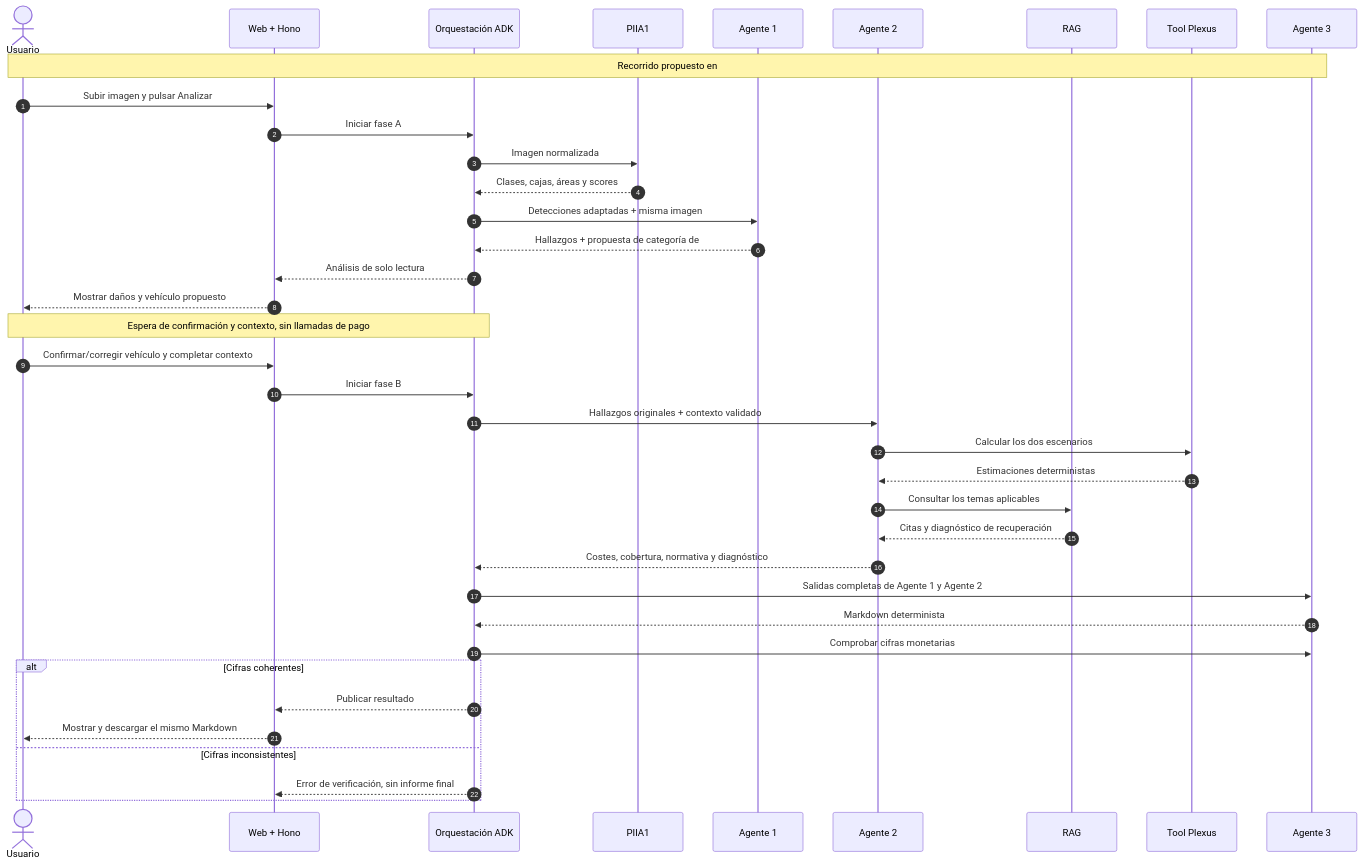
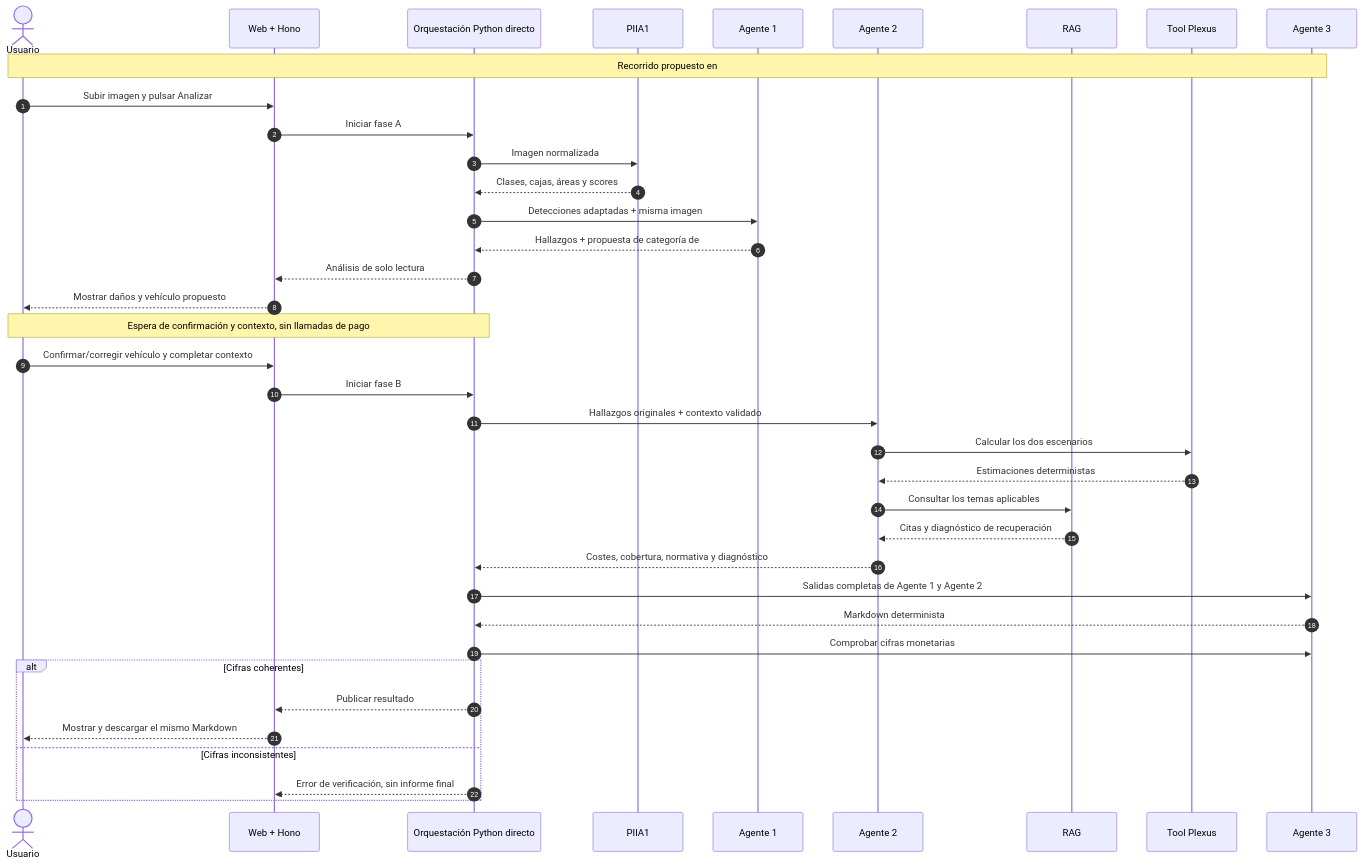
Before and after one commit to lvckss/piia2-26: the second of 5 diagrams in entregas/cu-19-interpretacion-danos/ARCHITECTURE.md, drawn with Mermaid. The commit also changed other lines of this file, not shown here.

Commit message:
docs(#38): actualizar RAG, Python directo y ADRs aceptados

````diff
--- a/entregas/cu-19-interpretacion-danos/ARCHITECTURE.md
+++ b/entregas/cu-19-interpretacion-danos/ARCHITECTURE.md
@@ -150,40 +147,40 @@
 ```mermaid
 sequenceDiagram
     autonumber
     actor U as Usuario
     participant W as Web + Hono
-    participant O as Orquestación ADK
+    participant O as Orquestación Python directo
     participant M as PIIA1
     participant A as Agente 1
     participant B as Agente 2
     participant R as RAG
     participant T as Tool Plexus
     participant I as Agente 3
     Note over U,I: Recorrido propuesto en #60, todavía sin integrar
     U->>W: Subir imagen y pulsar Analizar
     W->>O: Iniciar fase A
     O->>M: Imagen normalizada
     M-->>O: Clases, cajas, áreas y scores
     O->>A: Detecciones adaptadas + misma imagen
     A-->>O: Hallazgos + propuesta de categoría de #28
     O-->>W: Análisis de solo lectura
     W-->>U: Mostrar daños y vehículo propuesto
     Note over U,O: Espera de confirmación y contexto, sin llamadas de pago
     U->>W: Confirmar/corregir vehículo y completar contexto
     W->>O: Iniciar fase B
     O->>B: Hallazgos originales + contexto validado
     B->>T: Calcular los dos escenarios
     T-->>B: Estimaciones deterministas
     B->>R: Consultar los temas aplicables
     R-->>B: Citas y diagnóstico de recuperación
     B-->>O: Costes, cobertura, normativa y diagnóstico
     O->>I: Salidas completas de Agente 1 y Agente 2
     I-->>O: Markdown determinista
     O->>I: Comprobar cifras monetarias
     alt Cifras coherentes
         O-->>W: Publicar resultado
         W-->>U: Mostrar y descargar el mismo Markdown
     else Cifras inconsistentes
         O-->>W: Error de verificación, sin informe final
     end
 ```
````
